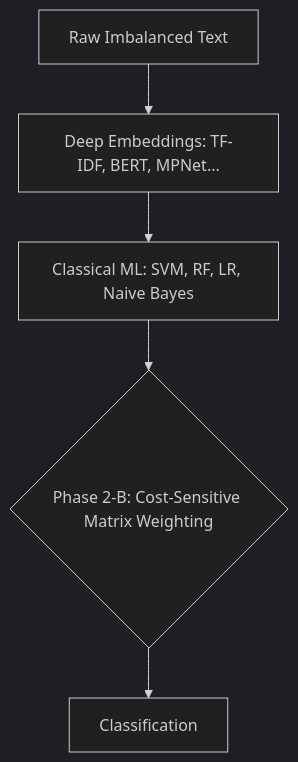
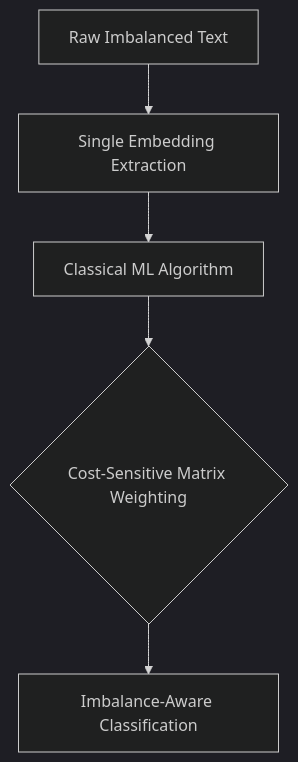
Before and after one commit to kfs1996/cost-sensitive-hybrid-nlp: the fifth of 8 diagrams in README.md, drawn with Mermaid (dark theme). The commit also changed other lines of this file, not shown here.

````diff
--- a/README.md
+++ b/README.md
@@ -38,7 +77,7 @@
 ```mermaid
 graph TD
-   A[Raw Imbalanced Text] --> B[Deep Embeddings: TF-IDF, BERT, MPNet...]
-   B --> C[Classical ML: SVM, RF, LR, Naive Bayes]
-   C --> D{Phase 2-B: Cost-Sensitive Matrix Weighting}
-   D --> E[Classification]
+   A[Raw Imbalanced Text] --> B[Single Embedding Extraction]
+   B --> C[Classical ML Algorithm]
+   C --> D{Cost-Sensitive Matrix Weighting}
+   D --> E[Imbalance-Aware Classification]
 ```
````
